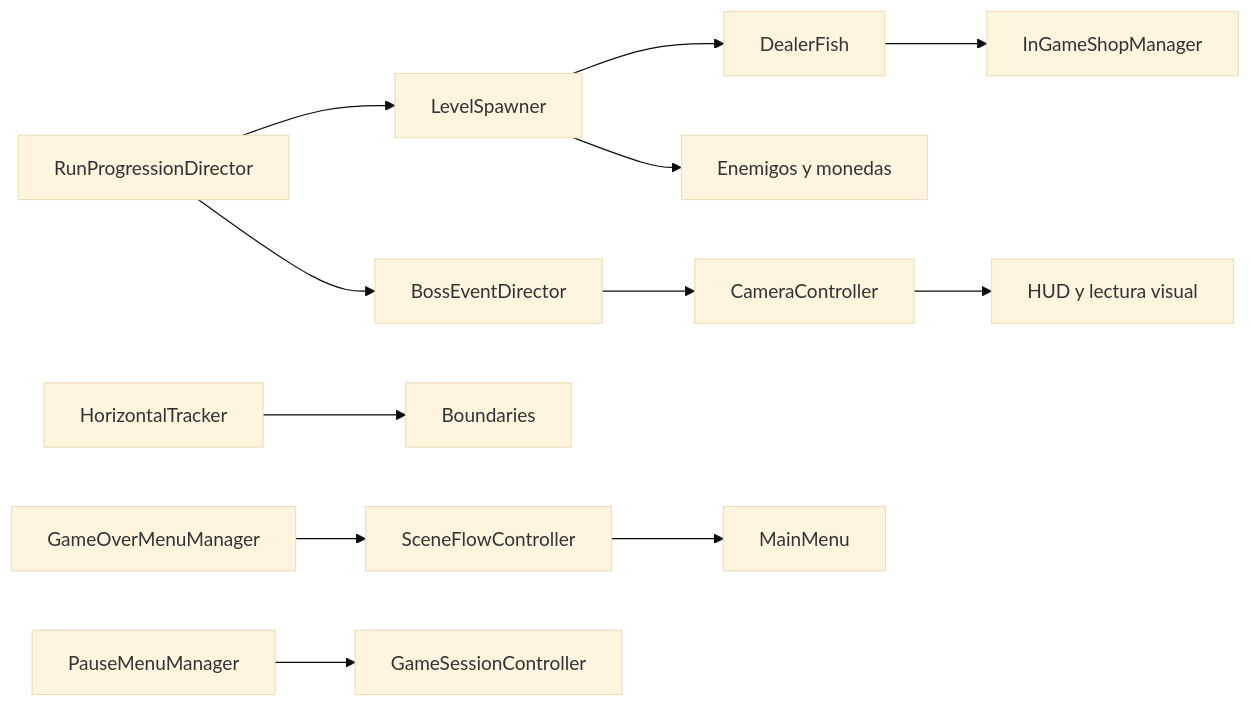
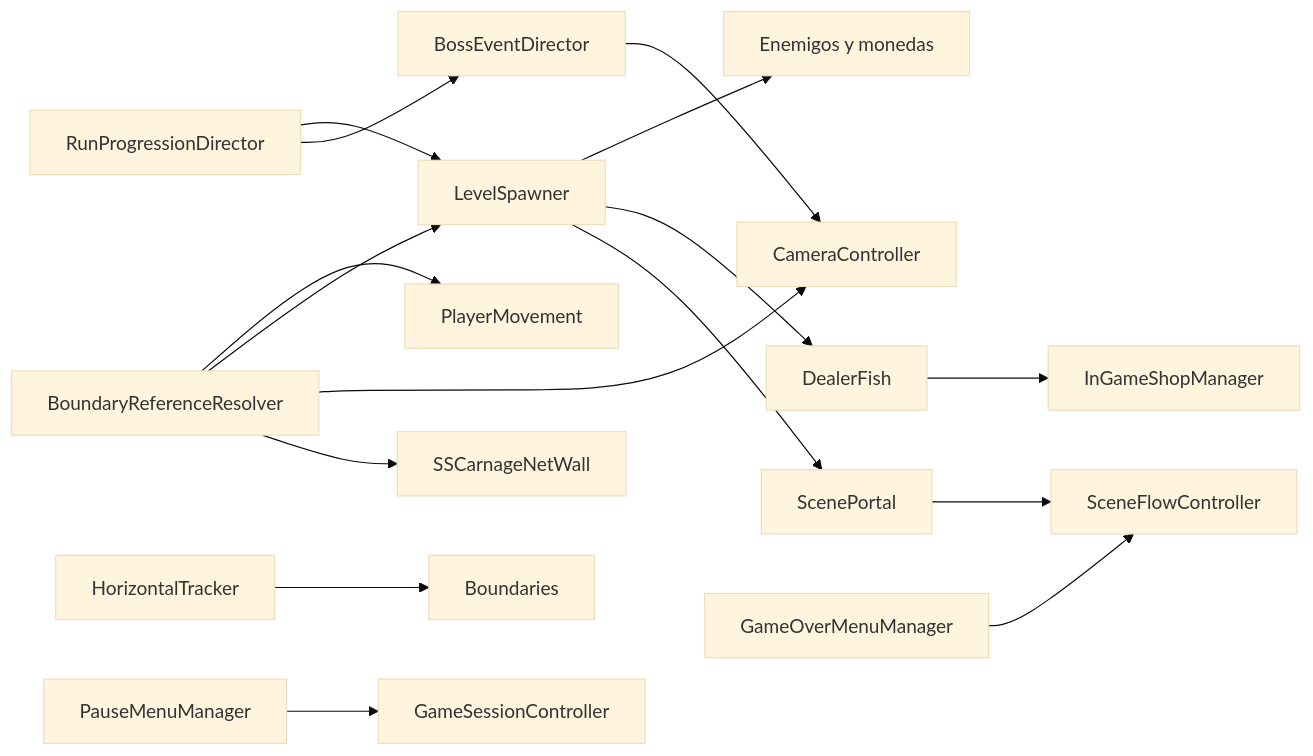
Before and after one commit to NicoCG32/Squid-Ink-Pulse-Public-Version: the second of 2 diagrams in Docs/ZonaEpipelagica.md, drawn with Mermaid (base theme). The commit also changed other lines of this file and 101 other files, not shown here.

````diff
--- a/Docs/ZonaEpipelagica.md
+++ b/Docs/ZonaEpipelagica.md
@@ -101,14 +118,18 @@
 ```mermaid
 flowchart LR
     RunProgressionDirector --> LevelSpawner
     RunProgressionDirector --> BossEventDirector
     BossEventDirector --> CameraController
+    BoundaryReferenceResolver --> PlayerMovement
+    BoundaryReferenceResolver --> LevelSpawner
+    BoundaryReferenceResolver --> CameraController
+    BoundaryReferenceResolver --> SSCarnageNetWall
     HorizontalTracker --> Boundaries
     LevelSpawner --> Enemies[Enemigos y monedas]
     LevelSpawner --> DealerFish[DealerFish]
+    LevelSpawner --> ScenePortal[ScenePortal]
     DealerFish --> InGameShopManager
-    CameraController --> HUD[HUD y lectura visual]
-    SceneFlowController --> MainMenu[MainMenu]
+    ScenePortal --> SceneFlowController
     PauseMenuManager --> GameSessionController
     GameOverMenuManager --> SceneFlowController
 ```
````
